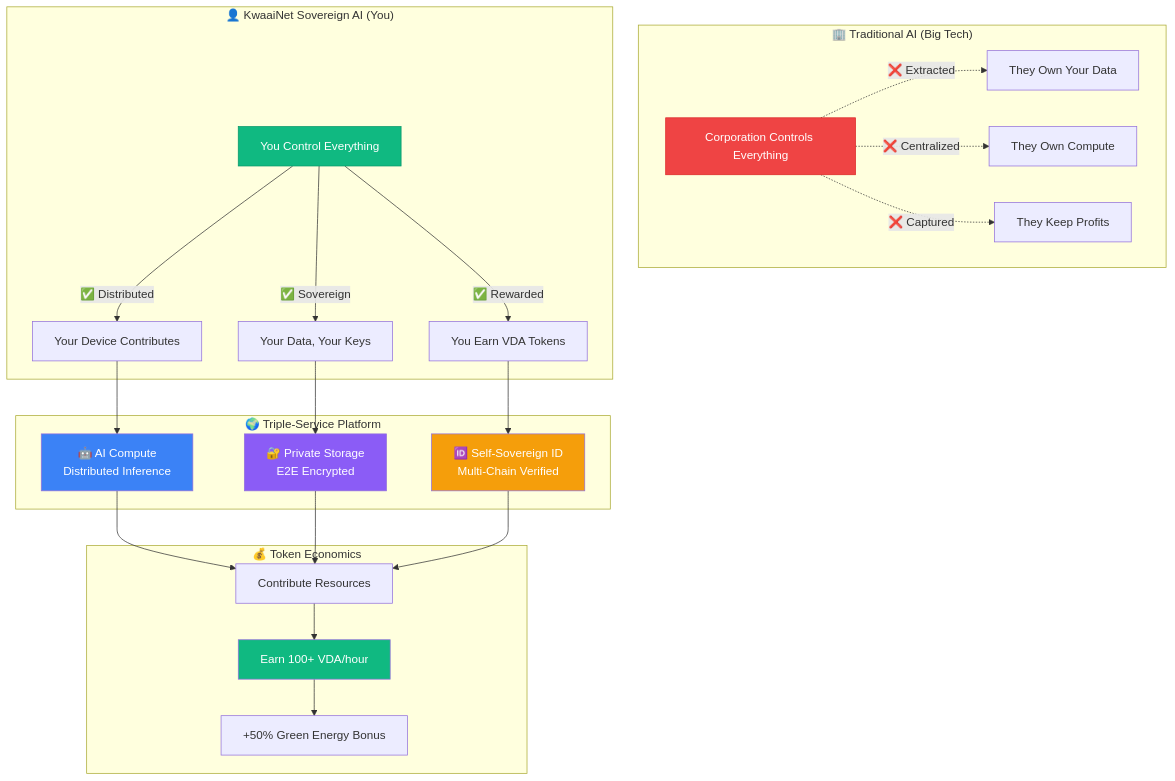
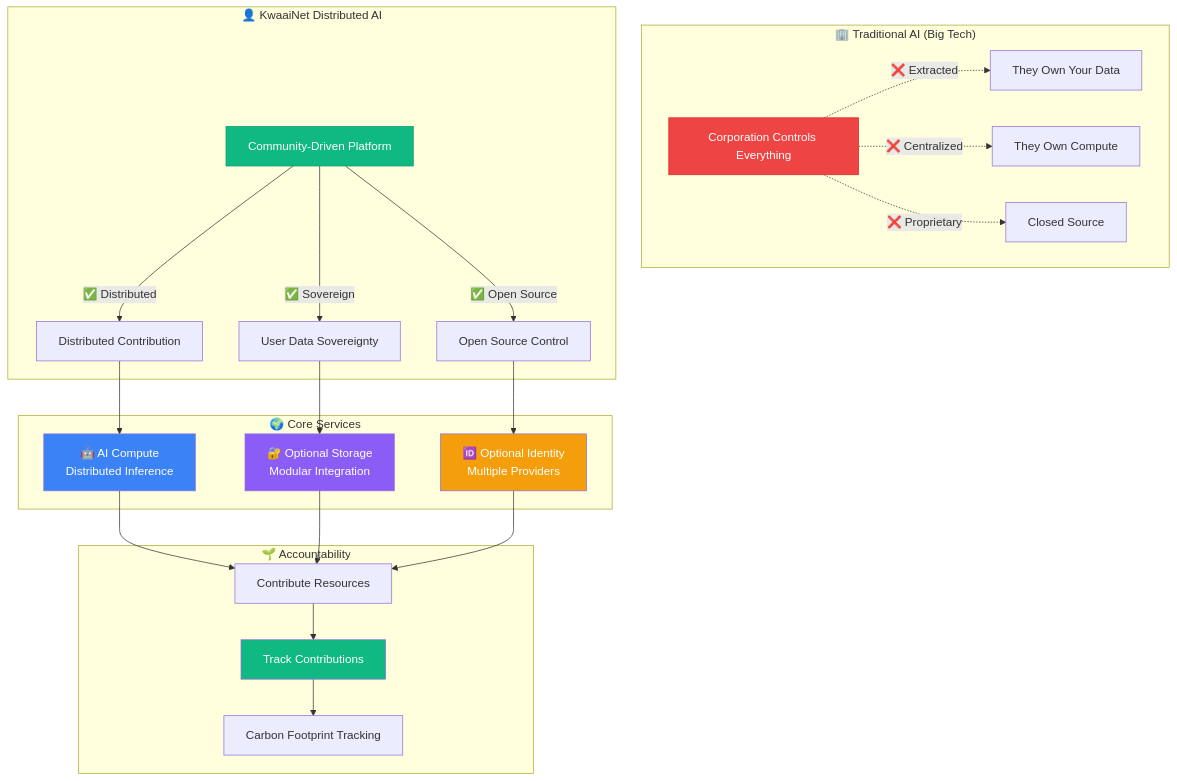
The first of 2 diagrams in README.md (Kwaai-AI-Lab/KwaaiNet), drawn with Mermaid before and after one commit. The commit also changed other lines of this file and 1 other file, not shown here.

````diff
--- a/README.md
+++ b/README.md
@@ -26,53 +29,53 @@
 ```mermaid
 graph TB
     subgraph "🏢 Traditional AI (Big Tech)"
         BigTech[Corporation Controls Everything]
         TheirData[They Own Your Data]
         TheirCompute[They Own Compute]
-        TheirProfit[They Keep Profits]
+        TheirProfit[Closed Source]
     end
 
-    subgraph "👤 KwaaiNet Sovereign AI (You)"
-        You[You Control Everything]
-        YourData[Your Data, Your Keys]
-        YourCompute[Your Device Contributes]
-        YourRewards[You Earn VDA Tokens]
+    subgraph "👤 KwaaiNet Distributed AI"
+        You[Community-Driven Platform]
+        YourData[User Data Sovereignty]
+        YourCompute[Distributed Contribution]
+        YourControl[Open Source Control]
     end
 
-    subgraph "🌍 Triple-Service Platform"
+    subgraph "🌍 Core Services"
         AI[🤖 AI Compute<br/>Distributed Inference]
-        Storage[🔐 Private Storage<br/>E2E Encrypted]
-        Identity[🆔 Self-Sovereign ID<br/>Multi-Chain Verified]
+        Storage[🔐 Optional Storage<br/>Modular Integration]
+        Identity[🆔 Optional Identity<br/>Multiple Providers]
     end
 
-    subgraph "💰 Token Economics"
+    subgraph "🌱 Accountability"
         Contribute[Contribute Resources]
-        Earn[Earn 100+ VDA/hour]
-        Green[+50% Green Energy Bonus]
+        Track[Track Contributions]
+        Green[Carbon Footprint Tracking]
     end
 
     BigTech -.->|❌ Extracted| TheirData
     BigTech -.->|❌ Centralized| TheirCompute
-    BigTech -.->|❌ Captured| TheirProfit
+    BigTech -.->|❌ Proprietary| TheirProfit
 
     You -->|✅ Sovereign| YourData
     You -->|✅ Distributed| YourCompute
-    You -->|✅ Rewarded| YourRewards
+    You -->|✅ Open Source| YourControl
 
     YourData --> Storage
     YourCompute --> AI
-    YourRewards --> Identity
+    YourControl --> Identity
 
     AI --> Contribute
     Storage --> Contribute
     Identity --> Contribute
-    Contribute --> Earn
-    Earn --> Green
+    Contribute --> Track
+    Track --> Green
 
     style You fill:#10B981,color:#fff,stroke:#059669
     style BigTech fill:#EF4444,color:#fff,stroke:#DC2626
     style AI fill:#3B82F6,color:#fff
     style Storage fill:#8B5CF6,color:#fff
     style Identity fill:#F59E0B,color:#fff
-    style Earn fill:#10B981,color:#fff
+    style Track fill:#10B981,color:#fff
 ```
````
